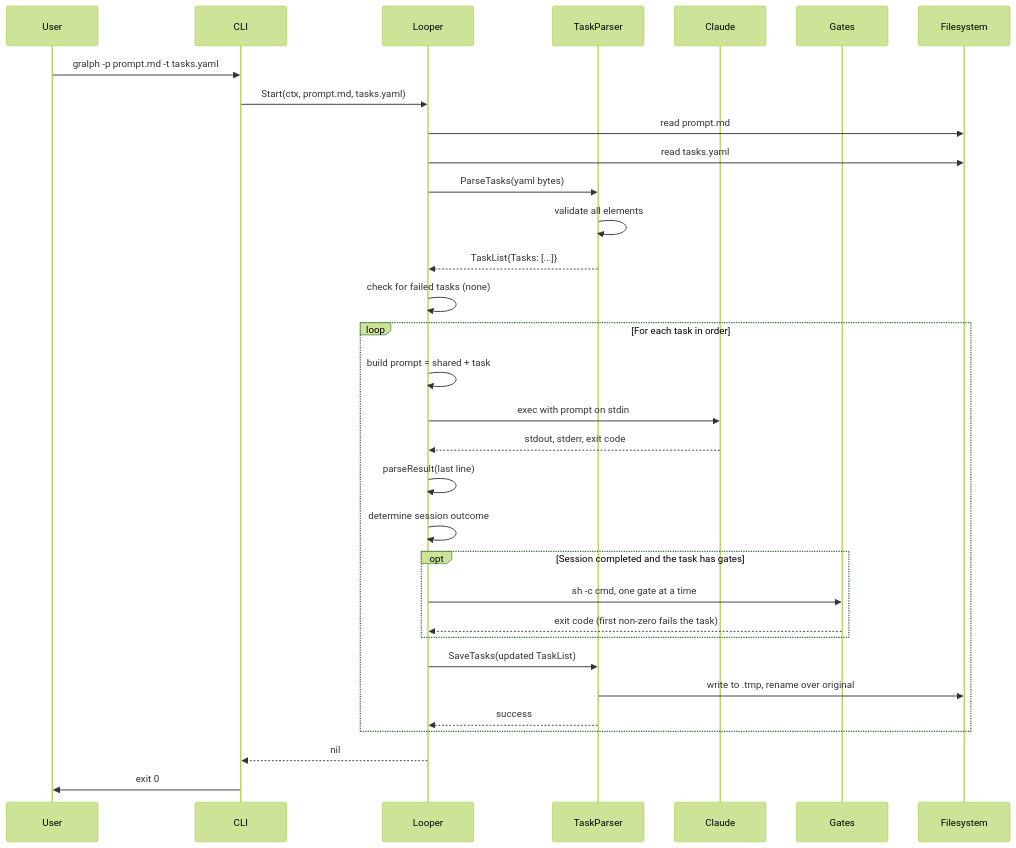
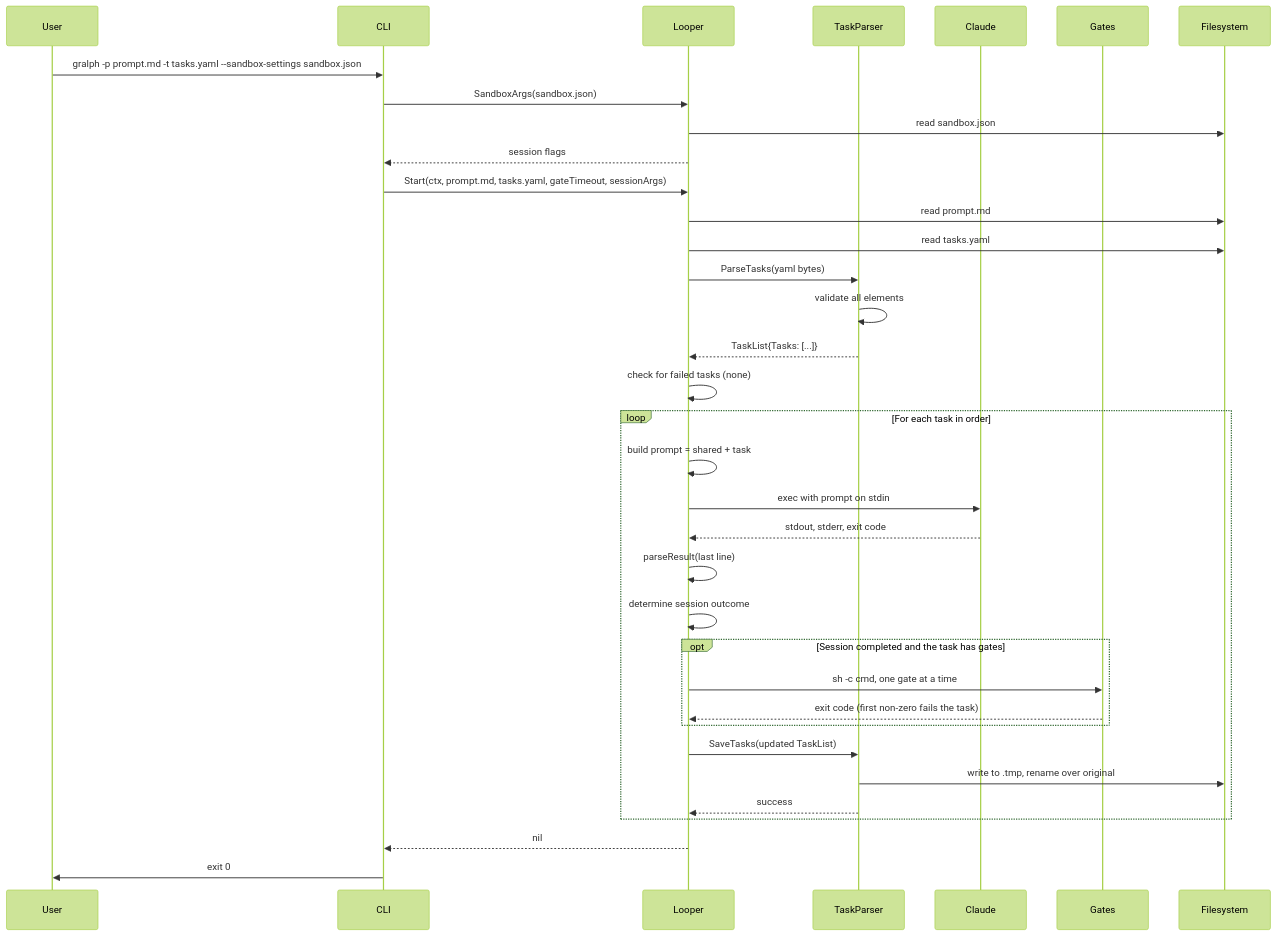
Before and after one commit to twistingmercury/gralph: the second of 6 diagrams in docs/architecture/03_system_architecture.md, drawn with Mermaid (forest theme). The commit also changed other lines of this file and 30 other files, not shown here.

First line of the commit message:
Sandboxed sessions: a run needs --sandbox-settings or --skip-permissions (#20)

````diff
--- a/docs/architecture/03_system_architecture.md
+++ b/docs/architecture/03_system_architecture.md
@@ -209,35 +220,38 @@
 ```mermaid
 sequenceDiagram
     participant User
     participant CLI
     participant Looper
     participant TaskParser
     participant Claude
     participant Gates
     participant Filesystem
 
-    User->>CLI: gralph -p prompt.md -t tasks.yaml
-    CLI->>Looper: Start(ctx, prompt.md, tasks.yaml)
+    User->>CLI: gralph -p prompt.md -t tasks.yaml --sandbox-settings sandbox.json
+    CLI->>Looper: SandboxArgs(sandbox.json)
+    Looper->>Filesystem: read sandbox.json
+    Looper-->>CLI: session flags
+    CLI->>Looper: Start(ctx, prompt.md, tasks.yaml, gateTimeout, sessionArgs)
     Looper->>Filesystem: read prompt.md
     Looper->>Filesystem: read tasks.yaml
     Looper->>TaskParser: ParseTasks(yaml bytes)
     TaskParser->>TaskParser: validate all elements
     TaskParser-->>Looper: TaskList{Tasks: [...]}
     Looper->>Looper: check for failed tasks (none)
     loop For each task in order
         Looper->>Looper: build prompt = shared + task
         Looper->>Claude: exec with prompt on stdin
         Claude-->>Looper: stdout, stderr, exit code
         Looper->>Looper: parseResult(last line)
         Looper->>Looper: determine session outcome
         opt Session completed and the task has gates
             Looper->>Gates: sh -c cmd, one gate at a time
             Gates-->>Looper: exit code (first non-zero fails the task)
         end
         Looper->>TaskParser: SaveTasks(updated TaskList)
         TaskParser->>Filesystem: write to .tmp, rename over original
         TaskParser-->>Looper: success
     end
     Looper-->>CLI: nil
     CLI->>User: exit 0
 ```
````
